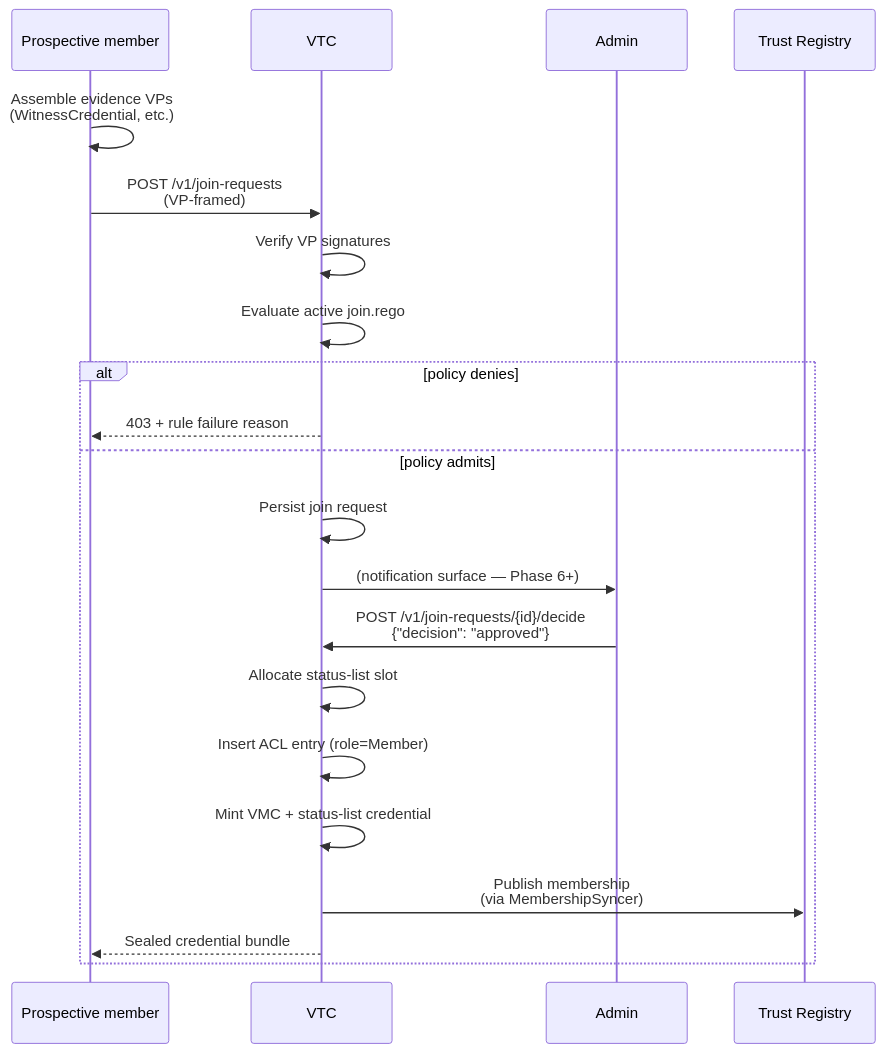
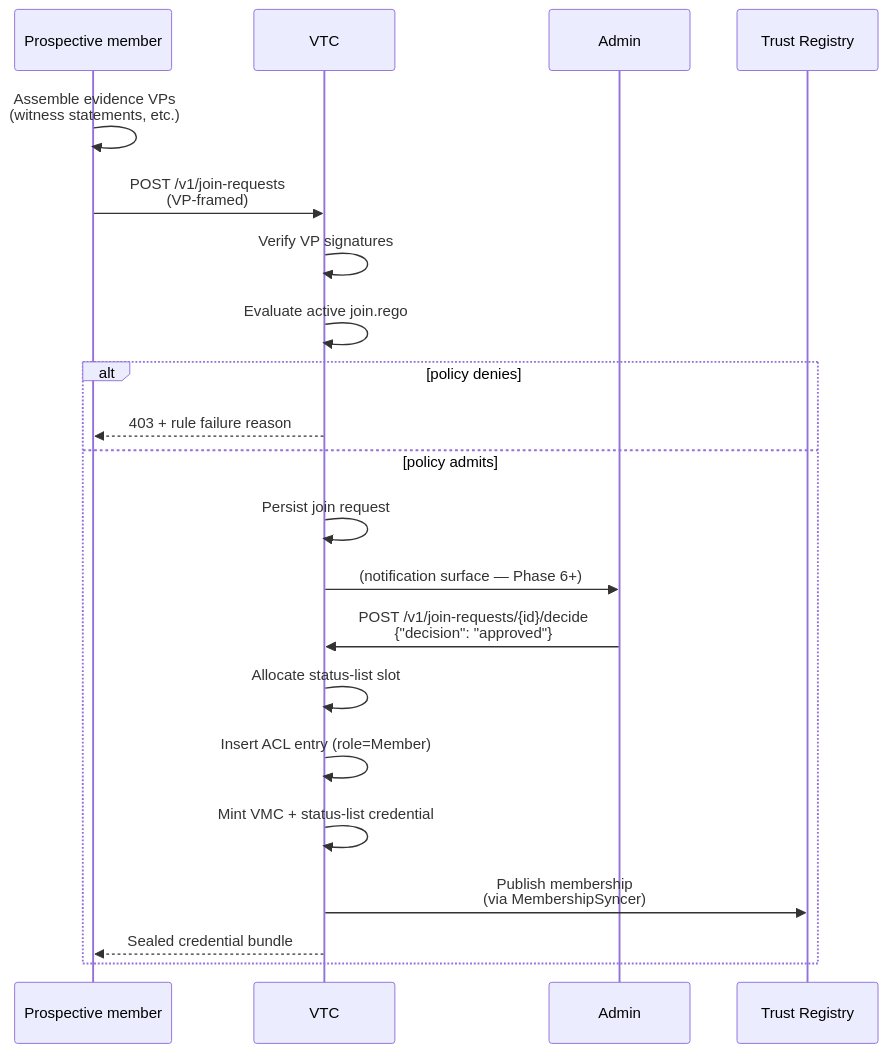
The second of 5 diagrams in docs/03-vtc/community-lifecycle.md (OpenVTC/verifiable-trust-infrastructure), drawn with Mermaid before and after one commit. The commit also changed other lines of this file and 46 other files, not shown here.

````diff
--- a/docs/03-vtc/community-lifecycle.md
+++ b/docs/03-vtc/community-lifecycle.md
@@ -52,24 +52,24 @@
 ```mermaid
 sequenceDiagram
     participant M as Prospective member
     participant VTC as VTC
     participant Admin as Admin
     participant TR as Trust Registry
 
-    M->>M: Assemble evidence VPs<br/>(WitnessCredential, etc.)
+    M->>M: Assemble evidence VPs<br/>(witness statements, etc.)
     M->>VTC: POST /v1/join-requests<br/>(VP-framed)
     VTC->>VTC: Verify VP signatures
     VTC->>VTC: Evaluate active join.rego
     alt policy denies
         VTC-->>M: 403 + rule failure reason
     else policy admits
         VTC->>VTC: Persist join request
         VTC->>Admin: (notification surface — Phase 6+)
         Admin->>VTC: POST /v1/join-requests/{id}/decide<br/>{"decision": "approved"}
         VTC->>VTC: Allocate status-list slot
         VTC->>VTC: Insert ACL entry (role=Member)
         VTC->>VTC: Mint VMC + status-list credential
         VTC->>TR: Publish membership<br/>(via MembershipSyncer)
         VTC-->>M: Sealed credential bundle
     end
 ```
````
